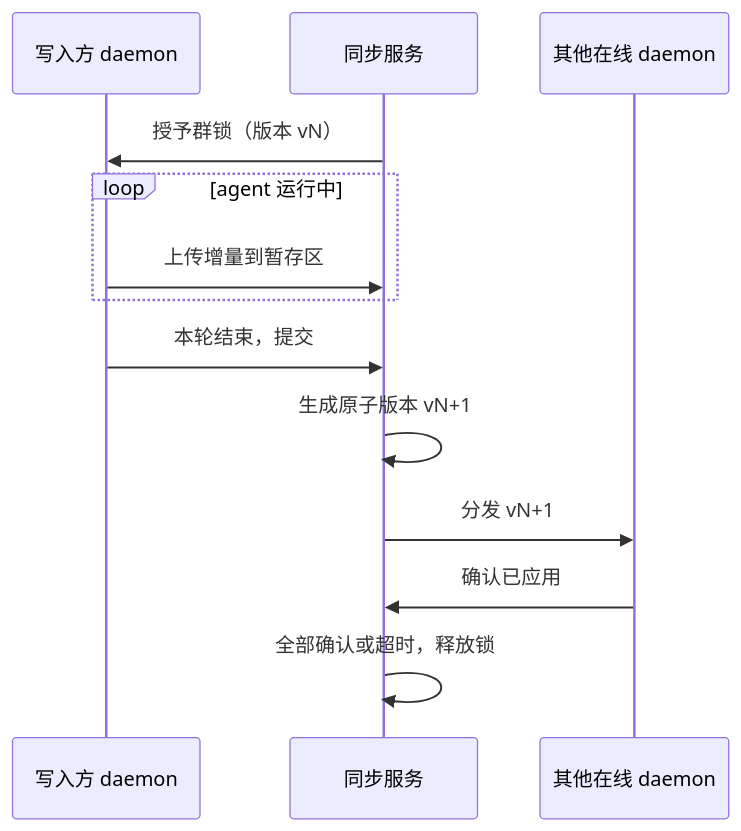
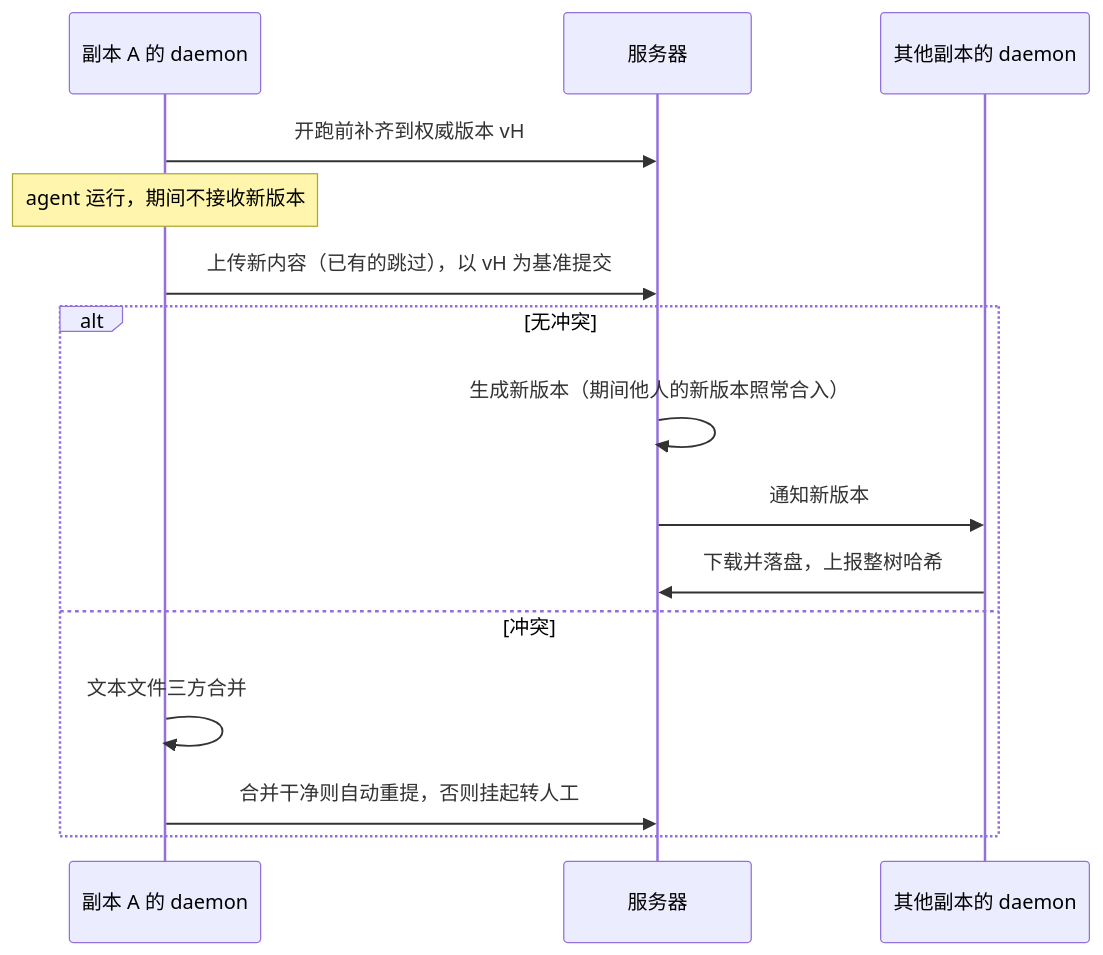
The second of 2 diagrams in docs/AI 团队工作区指挥平台 需求规格说明书（v1.0） .md (yoqu/gonggong-space), drawn with Mermaid before and after one commit. The commit also changed other lines of this file and 16 other files, not shown here.

````diff
--- a/docs/AI 团队工作区指挥平台 需求规格说明书（v1.0） .md
+++ b/docs/AI 团队工作区指挥平台 需求规格说明书（v1.0） .md
@@ -265,15 +243,17 @@
 ```mermaid
 sequenceDiagram
-  participant W as 写入方 daemon
-  participant S as 同步服务
-  participant O as 其他在线 daemon
-  S->>W: 授予群锁（版本 vN）
-  loop agent 运行中
-    W->>S: 上传增量到暂存区
+  participant A as 副本 A 的 daemon
+  participant S as 服务器
+  participant O as 其他副本的 daemon
+  A->>S: 开跑前补齐到权威版本 vH
+  Note over A: agent 运行，期间不接收新版本
+  A->>S: 上传新内容（已有的跳过），以 vH 为基准提交
+  alt 无冲突
+    S->>S: 生成新版本（期间他人的新版本照常合入）
+    S->>O: 通知新版本
+    O->>S: 下载并落盘，上报整树哈希
+  else 冲突
+    A->>A: 文本文件三方合并
+    A->>S: 合并干净则自动重提，否则挂起转人工
   end
-  W->>S: 本轮结束，提交
-  S->>S: 生成原子版本 vN+1
-  S->>O: 分发 vN+1
-  O->>S: 确认已应用
-  S->>S: 全部确认或超时，释放锁
 ```
````
